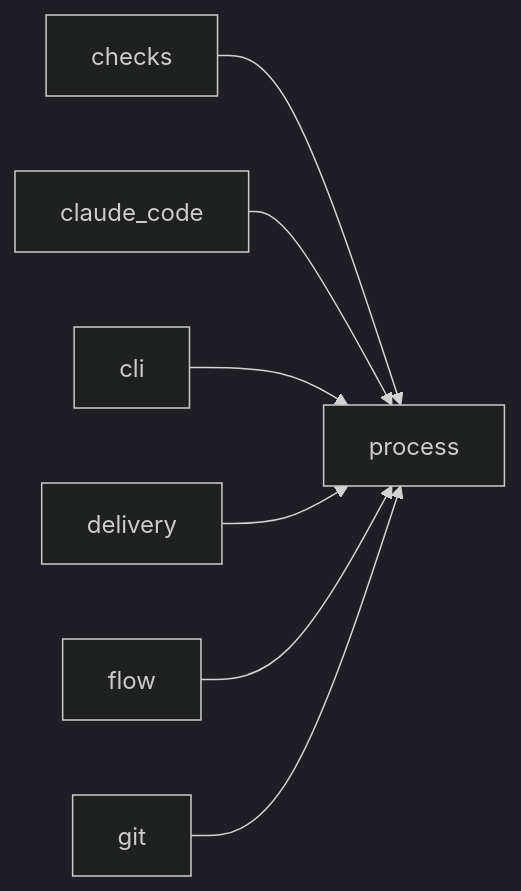
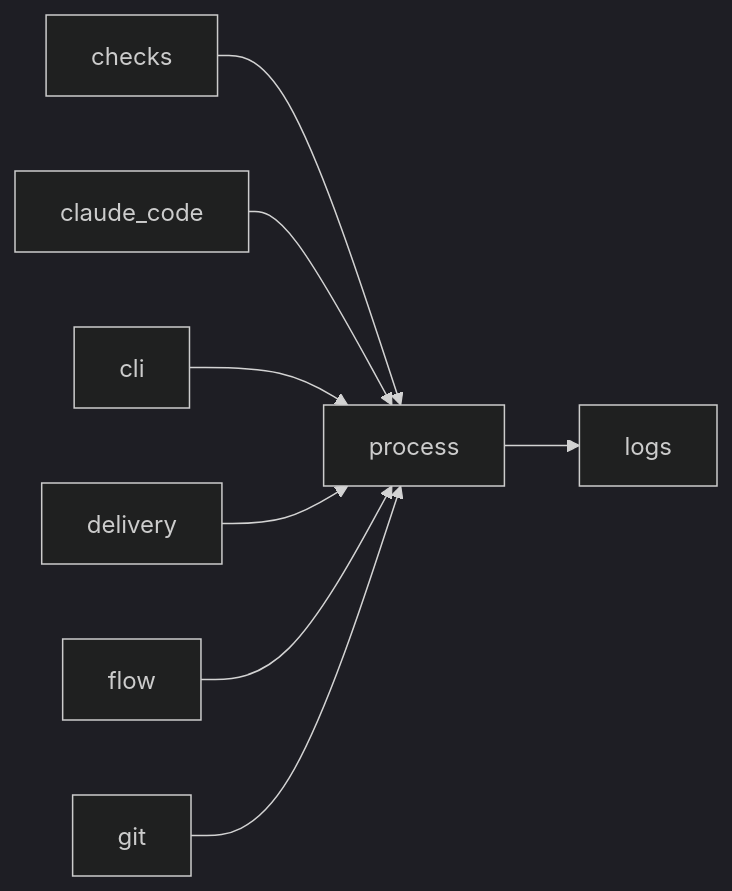
One commit to plaplanche/ariane changed the diagram in docs/architecture/modules/process.md. Above: the diagram before and after it, drawn with Mermaid (dark theme). The commit also changed 22 other files, not shown here.

````diff
--- a/docs/architecture/modules/process.md
+++ b/docs/architecture/modules/process.md
@@ -16,9 +16,10 @@
 ```mermaid
 flowchart LR
   checks --> process
   claude_code --> process
   cli --> process
   delivery --> process
   flow --> process
   git --> process
+  process --> logs
 ```
````
